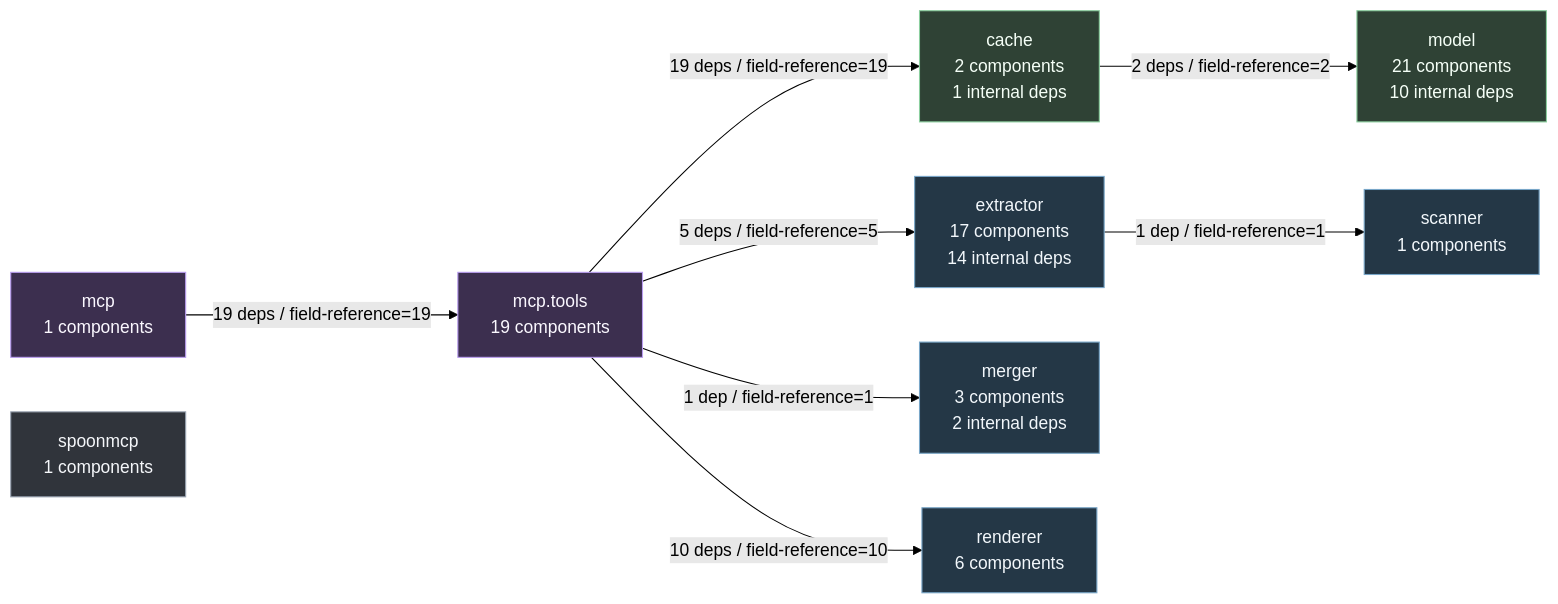
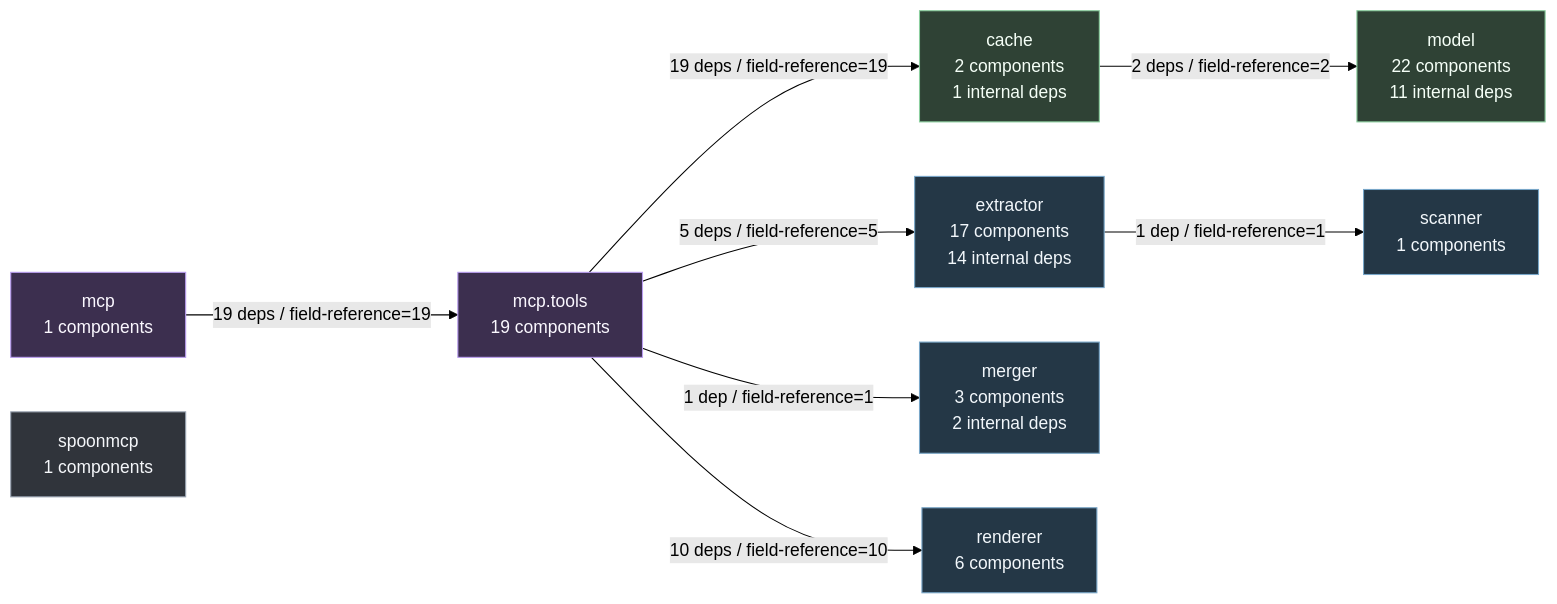
One commit to DerPate/archlens changed the fifth of 5 diagrams in docs/ARCHITECTURE.md. Above: the diagram before and after it, drawn with Mermaid (forest theme). The commit also changed other lines of this file and 17 other files, not shown here.

````diff
--- a/docs/ARCHITECTURE.md
+++ b/docs/ARCHITECTURE.md
@@ -574,32 +579,32 @@
 ```mermaid
 flowchart LR
     dep_cache["cache\n2 components\n1 internal deps"]
     dep_extractor["extractor\n17 components\n14 internal deps"]
     dep_mcp["mcp\n1 components"]
     dep_mcp_tools["mcp.tools\n19 components"]
     dep_merger["merger\n3 components\n2 internal deps"]
-    dep_model["model\n21 components\n10 internal deps"]
+    dep_model["model\n22 components\n11 internal deps"]
     dep_renderer["renderer\n6 components"]
     dep_scanner["scanner\n1 components"]
     dep_spoonmcp["spoonmcp\n1 components"]
     dep_cache -->|2 deps / field-reference=2| dep_model
     dep_extractor -->|1 dep / field-reference=1| dep_scanner
     dep_mcp -->|19 deps / field-reference=19| dep_mcp_tools
     dep_mcp_tools -->|19 deps / field-reference=19| dep_cache
     dep_mcp_tools -->|5 deps / field-reference=5| dep_extractor
     dep_mcp_tools -->|1 dep / field-reference=1| dep_merger
     dep_mcp_tools -->|10 deps / field-reference=10| dep_renderer
     classDef core fill:#243746,stroke:#78a6c8,color:#f2f7fb
     classDef boundary fill:#3c2f4f,stroke:#b99df0,color:#fbf8ff
     classDef data fill:#2f4235,stroke:#8bcf9f,color:#f5fff7
     classDef default fill:#30343b,stroke:#9aa4b2,color:#f5f7fa
     class dep_cache data
     class dep_extractor core
     class dep_mcp boundary
     class dep_mcp_tools boundary
     class dep_merger core
     class dep_model data
     class dep_renderer core
     class dep_scanner core
     class dep_spoonmcp default
 ```
````
